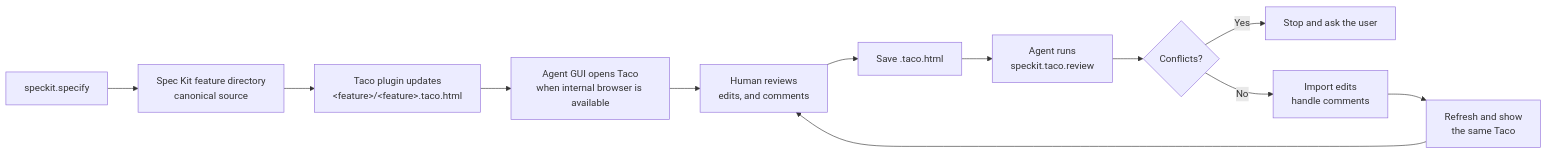
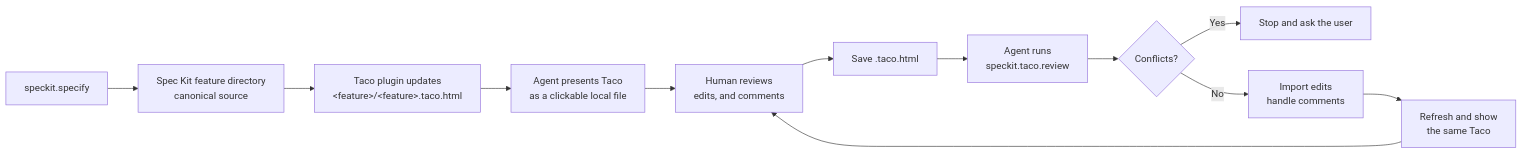
Before and after one commit to Arcadia822/taco: the diagram in specs/001-taco-bento-product/README.md, drawn with Mermaid. The commit also changed other lines of this file and 57 other files, not shown here.

Commit message:
feat: ship Taco 0.3.0 properties and local previews

````diff
--- a/specs/001-taco-bento-product/README.md
+++ b/specs/001-taco-bento-product/README.md
@@ -47,14 +47,14 @@
 ```mermaid
 flowchart LR
     A["speckit.specify"] --> B["Spec Kit feature directory<br/>canonical source"]
     B --> C["Taco plugin updates<br/>&lt;feature&gt;/&lt;feature&gt;.taco.html"]
-    C --> D["Agent GUI opens Taco<br/>when internal browser is available"]
+    C --> D["Agent presents Taco<br/>as a clickable local file"]
     D --> E["Human reviews<br/>edits, and comments"]
     E --> F["Save .taco.html"]
     F --> G["Agent runs<br/>speckit.taco.review"]
     G --> H{"Conflicts?"}
     H -- "Yes" --> I["Stop and ask the user"]
     H -- "No" --> J["Import edits<br/>handle comments"]
     J --> K["Refresh and show<br/>the same Taco"]
     K --> E
 ```
````
